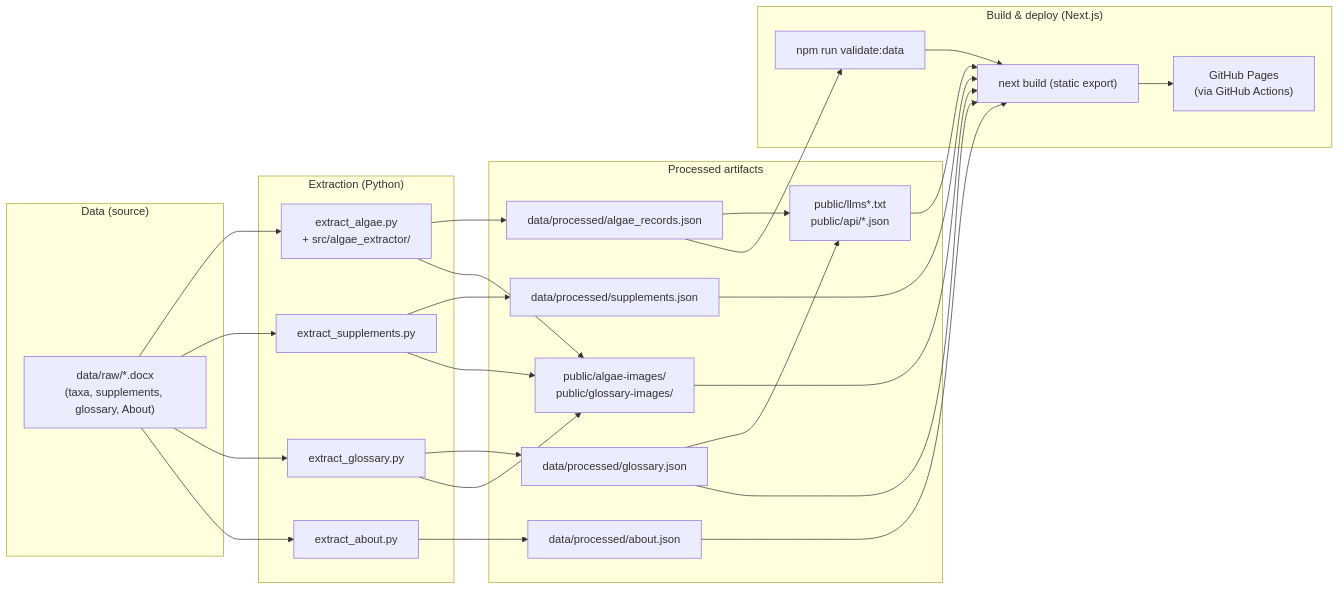
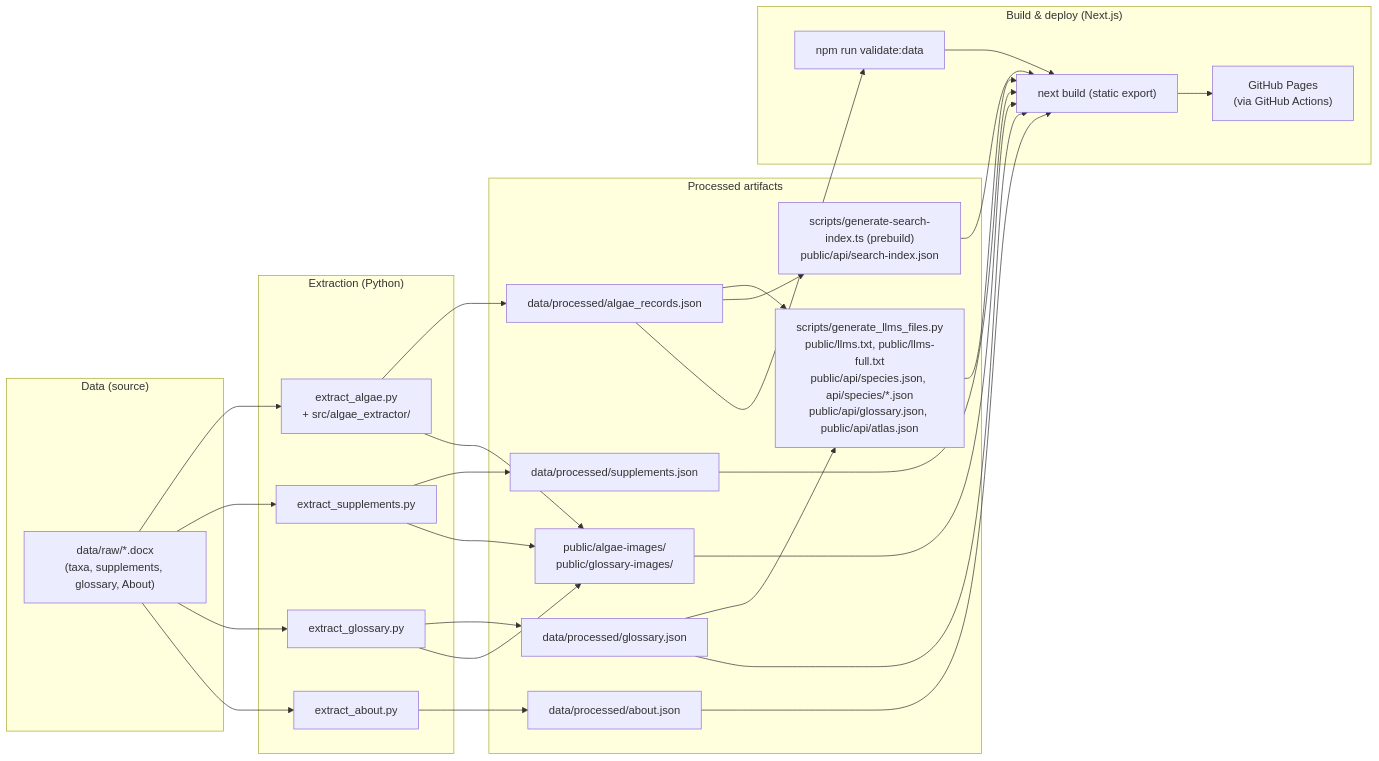
Before and after one commit to galcohensius/kinneret-algae-atlas: the diagram in docs/MAINTENANCE.md, drawn with Mermaid. The commit also changed other lines of this file and 2 other files, not shown here.

First line of the commit message:
§14: README with pipeline diagram, setup, scripts, routes, deploy, conventions

````diff
--- a/docs/MAINTENANCE.md
+++ b/docs/MAINTENANCE.md
@@ -8,44 +8,47 @@
 ```mermaid
 flowchart LR
   subgraph Data["Data (source)"]
     docx["data/raw/*.docx<br/>(taxa, supplements, glossary, About)"]
   end
 
   subgraph Extract["Extraction (Python)"]
     algae["extract_algae.py<br/>+ src/algae_extractor/"]
     suppl["extract_supplements.py"]
     gloss["extract_glossary.py"]
     about["extract_about.py"]
   end
 
   subgraph Processed["Processed artifacts"]
     json["data/processed/algae_records.json"]
     gjson["data/processed/glossary.json"]
     sjson["data/processed/supplements.json"]
     ajson["data/processed/about.json"]
     imgs["public/algae-images/<br/>public/glossary-images/"]
-    llms["public/llms*.txt<br/>public/api/*.json"]
+    llms["scripts/generate_llms_files.py<br/>public/llms.txt, public/llms-full.txt<br/>public/api/species.json, api/species/*.json<br/>public/api/glossary.json, public/api/atlas.json"]
+    search["scripts/generate-search-index.ts (prebuild)<br/>public/api/search-index.json"]
   end
 
   subgraph Build["Build & deploy (Next.js)"]
     validate["npm run validate:data"]
     next["next build (static export)"]
     pages["GitHub Pages<br/>(via GitHub Actions)"]
   end
 
   docx --> algae --> json
   docx --> suppl --> sjson
   docx --> gloss --> gjson
   docx --> about --> ajson
   algae --> imgs
   suppl --> imgs
   gloss --> imgs
   json --> llms
   gjson --> llms
+  json --> search
   json --> validate --> next --> pages
+  search --> next
   gjson --> next
   sjson --> next
   ajson --> next
   llms --> next
   imgs --> next
 ```
````
